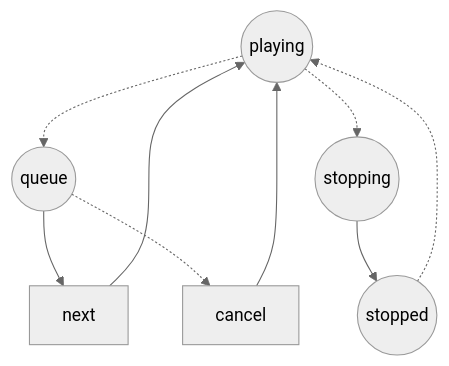
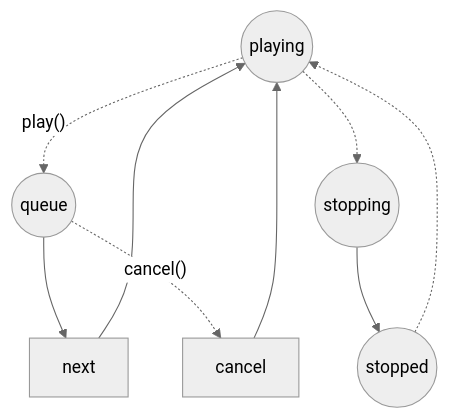
Before and after one commit to purewack/jsong-audio: the fourth of 5 diagrams in docs/LOGIC.md, drawn with Mermaid (neutral theme). The commit also changed other lines of this file and 17 other files, not shown here.

````diff
--- a/docs/LOGIC.md
+++ b/docs/LOGIC.md
@@ -95,17 +95,17 @@
 ```mermaid
 graph
 	play((playing))
 	stop((stopped))
 	prestop((stopping))
 	q((queue))
 	next[next]
 	cancel[cancel]
 	
-	play-.->q-->next
-	q-.->cancel
+	play-."play()".->q-->next
+	q-."cancel()".->cancel
 	cancel-->play
 	next-->play
 	play-.->prestop
 	prestop-->stop
 	stop-.->play
 ```
````
